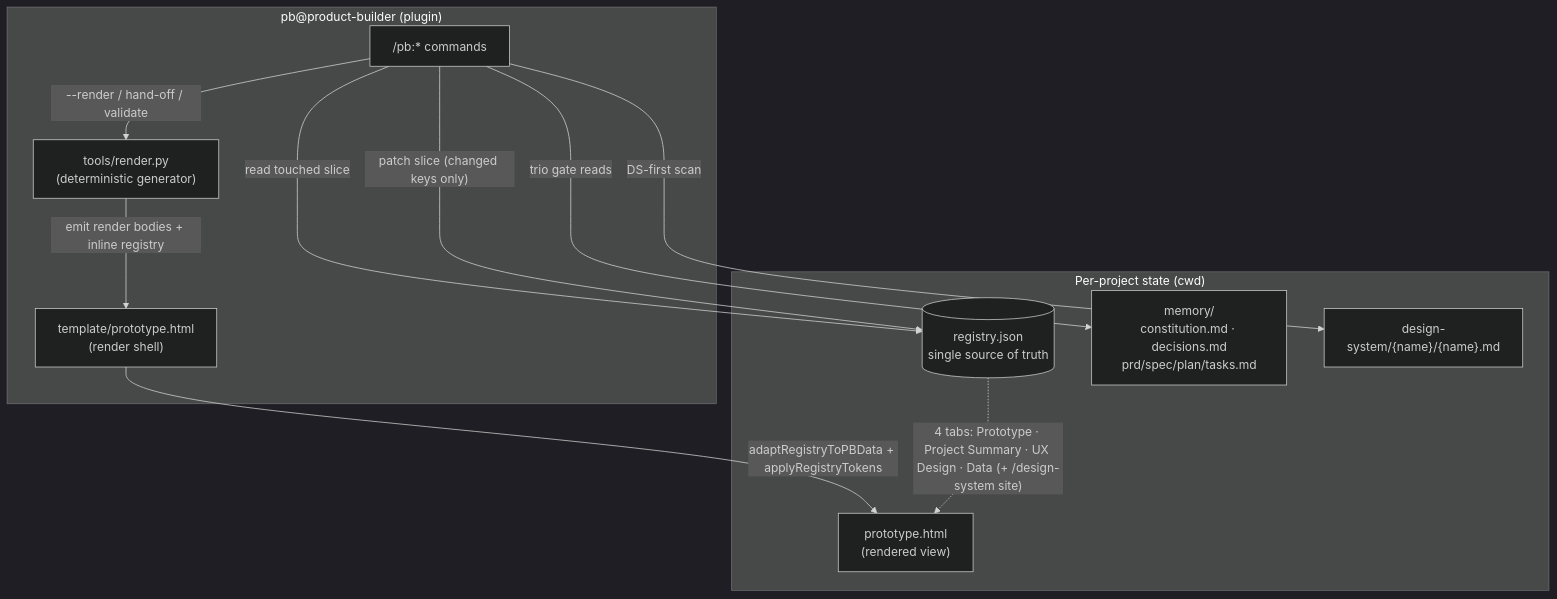
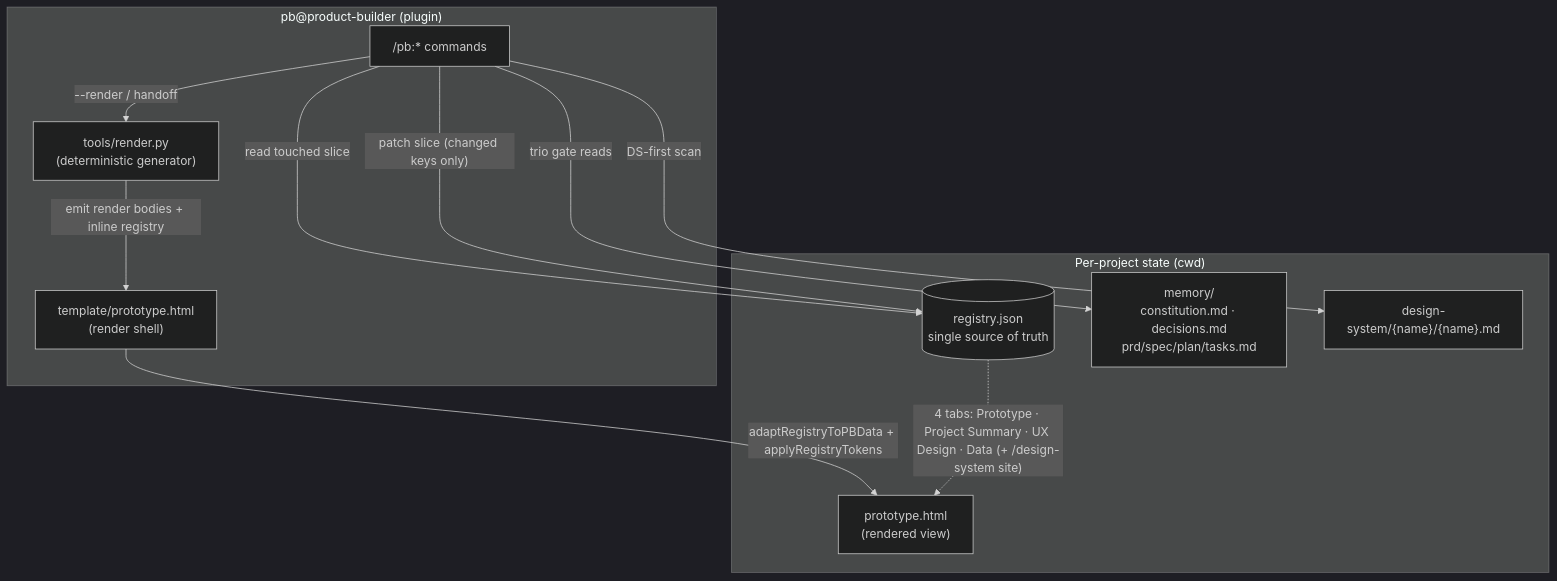
One commit to danhnbui/prototype-builder changed the diagram in docs/architecture.md. Above: the diagram before and after it, drawn with Mermaid (dark theme). The commit also changed other lines of this file and 22 other files, not shown here.

````diff
--- a/docs/architecture.md
+++ b/docs/architecture.md
@@ -178,24 +188,24 @@
 ```mermaid
 flowchart TD
   subgraph project["Per-project state (cwd)"]
     REG[("registry.json<br/>single source of truth")]
     MEM["memory/<br/>constitution.md · decisions.md<br/>prd/spec/plan/tasks.md"]
     DS["design-system/{name}/{name}.md"]
     HTML["prototype.html<br/>(rendered view)"]
   end
 
   subgraph plugin["pb@product-builder (plugin)"]
     CMDS["/pb:* commands"]
     GEN["tools/render.py<br/>(deterministic generator)"]
     SHELL["template/prototype.html<br/>(render shell)"]
   end
 
   CMDS -- "read touched slice" --> REG
   CMDS -- "trio gate reads" --> MEM
   CMDS -- "DS-first scan" --> DS
   CMDS -- "patch slice (changed keys only)" --> REG
-  CMDS -- "--render / hand-off / validate" --> GEN
+  CMDS -- "--render / handoff" --> GEN
   GEN -- "emit render bodies + inline registry" --> SHELL
   SHELL -- "adaptRegistryToPBData + applyRegistryTokens" --> HTML
   REG -. "4 tabs: Prototype · Project Summary · UX Design · Data (+ /design-system site)" .-> HTML
 ```
````
